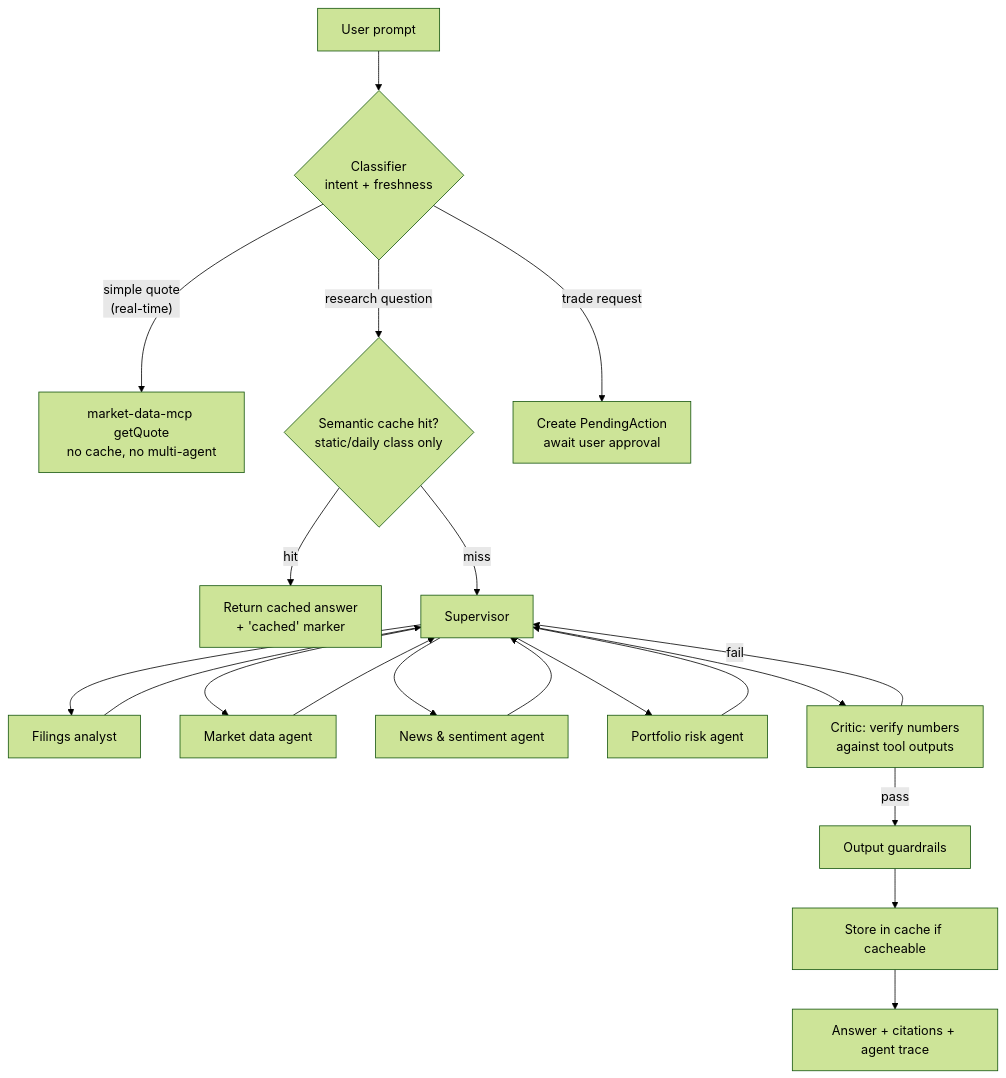
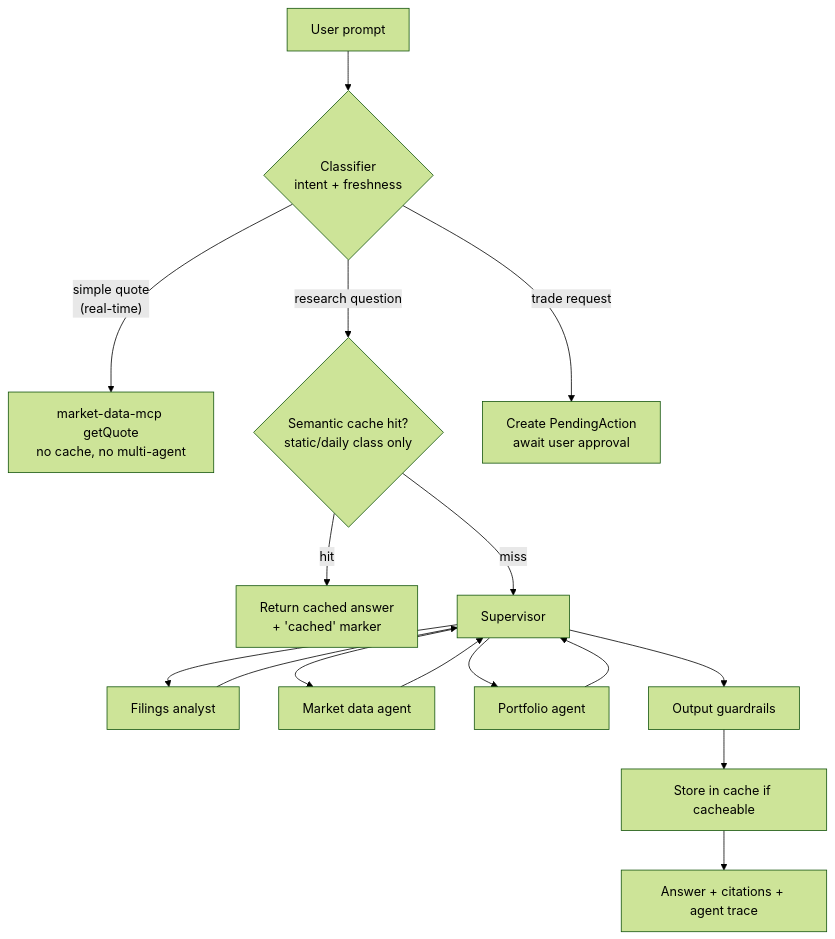
One commit to sri-chalam/stock-research-agent changed the second of 4 diagrams in docs/requirements/stock-research-agent-spec.md. Above: the diagram before and after it, drawn with Mermaid (forest theme). The commit also changed other lines of this file and 7 other files, not shown here.

Commit message:
Drop News agent and Critic, replace Portfolio risk agent with Portfolio agent in spec and docs, move Market data agent to prompt v2

````diff
--- a/docs/requirements/stock-research-agent-spec.md
+++ b/docs/requirements/stock-research-agent-spec.md
@@ -145,17 +144,14 @@
 ```mermaid
 flowchart TD
     Q[User prompt] --> C{Classifier<br/>intent + freshness}
     C -- "simple quote<br/>(real-time)" --> T[market-data-mcp getQuote<br/>no cache, no multi-agent]
     C -- "research question" --> K{Semantic cache hit?<br/>static/daily class only}
     K -- hit --> R[Return cached answer<br/>+ 'cached' marker]
     K -- miss --> S[Supervisor]
     S --> A1[Filings analyst]
     S --> A2[Market data agent]
-    S --> A3[News & sentiment agent]
-    S --> A4[Portfolio risk agent]
-    A1 & A2 & A3 & A4 --> S
-    S --> V[Critic: verify numbers<br/>against tool outputs]
-    V -- fail --> S
-    V -- pass --> O[Output guardrails] --> W[Store in cache if cacheable] --> Ans[Answer + citations + agent trace]
+    S --> A3[Portfolio agent]
+    A1 & A2 & A3 --> S
+    S --> O[Output guardrails] --> W[Store in cache if cacheable] --> Ans[Answer + citations + agent trace]
     C -- "trade request" --> P[Create PendingAction<br/>await user approval]
 ```
````
